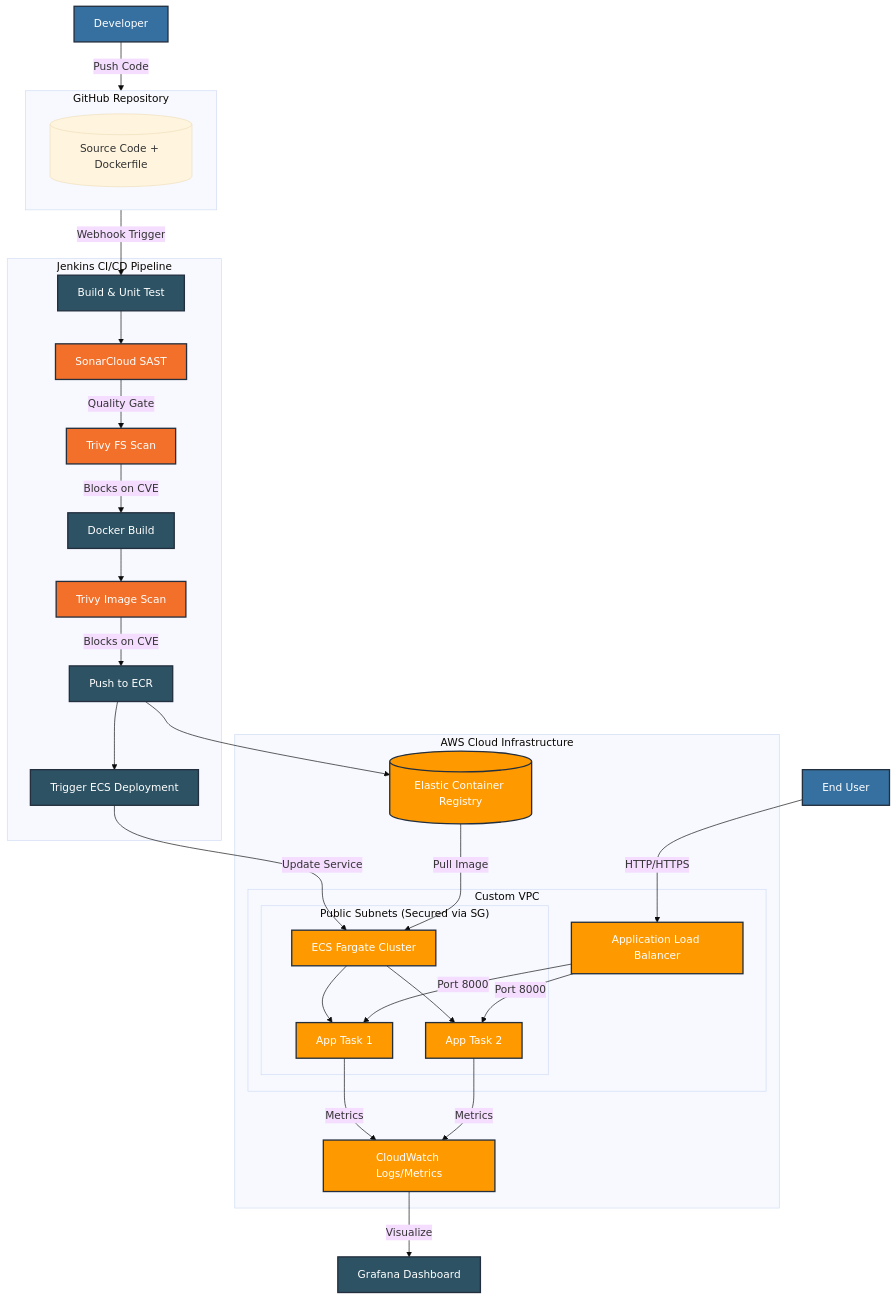
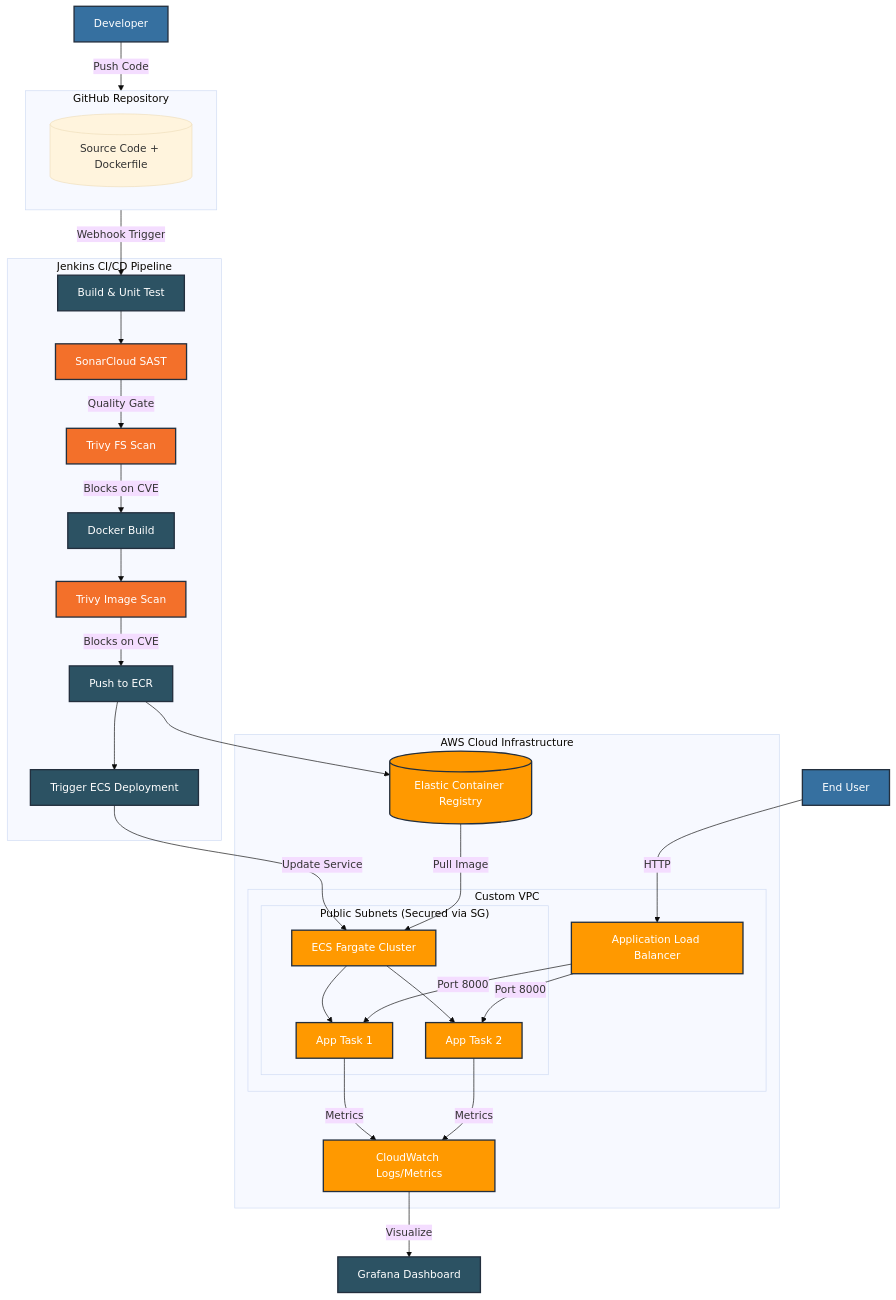
One commit to TanyaRoy1708/ecs-deployment-devopstoolbox changed the diagram in docs/SHOWCASE.md. Above: the diagram before and after it, drawn with Mermaid (base theme). The commit also changed 7 other files, not shown here.

````diff
--- a/docs/SHOWCASE.md
+++ b/docs/SHOWCASE.md
@@ -118,73 +118,73 @@
 ```mermaid
 flowchart TD
     %% Define Styles
     classDef aws fill:#FF9900,stroke:#232F3E,stroke-width:2px,color:white;
     classDef devops fill:#2C5263,stroke:#232F3E,stroke-width:2px,color:white;
     classDef security fill:#F3702A,stroke:#232F3E,stroke-width:2px,color:white;
     classDef user fill:#3670A0,stroke:#232F3E,stroke-width:2px,color:white;
 
     %% Actors
     Dev[Developer]:::user
     EndUser[End User]:::user
 
     %% Source Control
     subgraph GitHub [GitHub Repository]
         Code[(Source Code + Dockerfile)]
     end
 
     %% CI/CD Pipeline
     subgraph Pipeline [Jenkins CI/CD Pipeline]
         Build[Build & Unit Test]:::devops
         Sonar[SonarCloud SAST]:::security
         TrivyFS[Trivy FS Scan]:::security
         DockerBuild[Docker Build]:::devops
         TrivyImage[Trivy Image Scan]:::security
         Push[Push to ECR]:::devops
         Deploy[Trigger ECS Deployment]:::devops
     end
 
     %% AWS Infrastructure
     subgraph AWS [AWS Cloud Infrastructure]
         ECR[(Elastic Container Registry)]:::aws
         
         subgraph VPC [Custom VPC]
             ALB[Application Load Balancer]:::aws
             
             subgraph Public Subnets ["Public Subnets (Secured via SG)"]
                 ECS[ECS Fargate Cluster]:::aws
                 Task1[App Task 1]:::aws
                 Task2[App Task 2]:::aws
                 ECS --> Task1
                 ECS --> Task2
             end
         end
         
         CW[CloudWatch Logs/Metrics]:::aws
     end
 
     %% Observability
     Grafana[Grafana Dashboard]:::devops
 
     %% Flows
     Dev -->|Push Code| GitHub
     GitHub -->|Webhook Trigger| Build
     
     Build --> Sonar
     Sonar -->|Quality Gate| TrivyFS
     TrivyFS -->|Blocks on CVE| DockerBuild
     DockerBuild --> TrivyImage
     TrivyImage -->|Blocks on CVE| Push
     Push --> ECR
     Push --> Deploy
     
     Deploy -->|Update Service| ECS
     ECR -->|Pull Image| ECS
     
-    EndUser -->|HTTP/HTTPS| ALB
+    EndUser -->|HTTP| ALB
     ALB -->|Port 8000| Task1
     ALB -->|Port 8000| Task2
     
     Task1 -->|Metrics| CW
     Task2 -->|Metrics| CW
     CW -->|Visualize| Grafana
 ```
````
